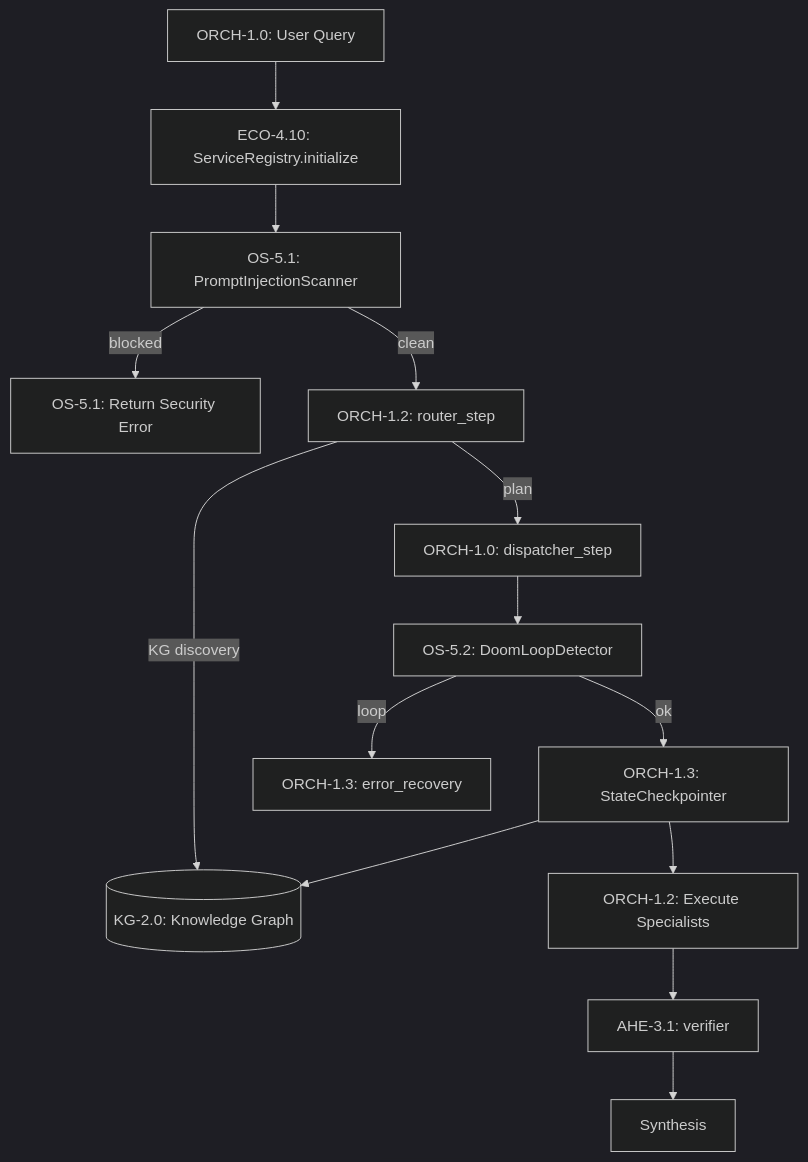
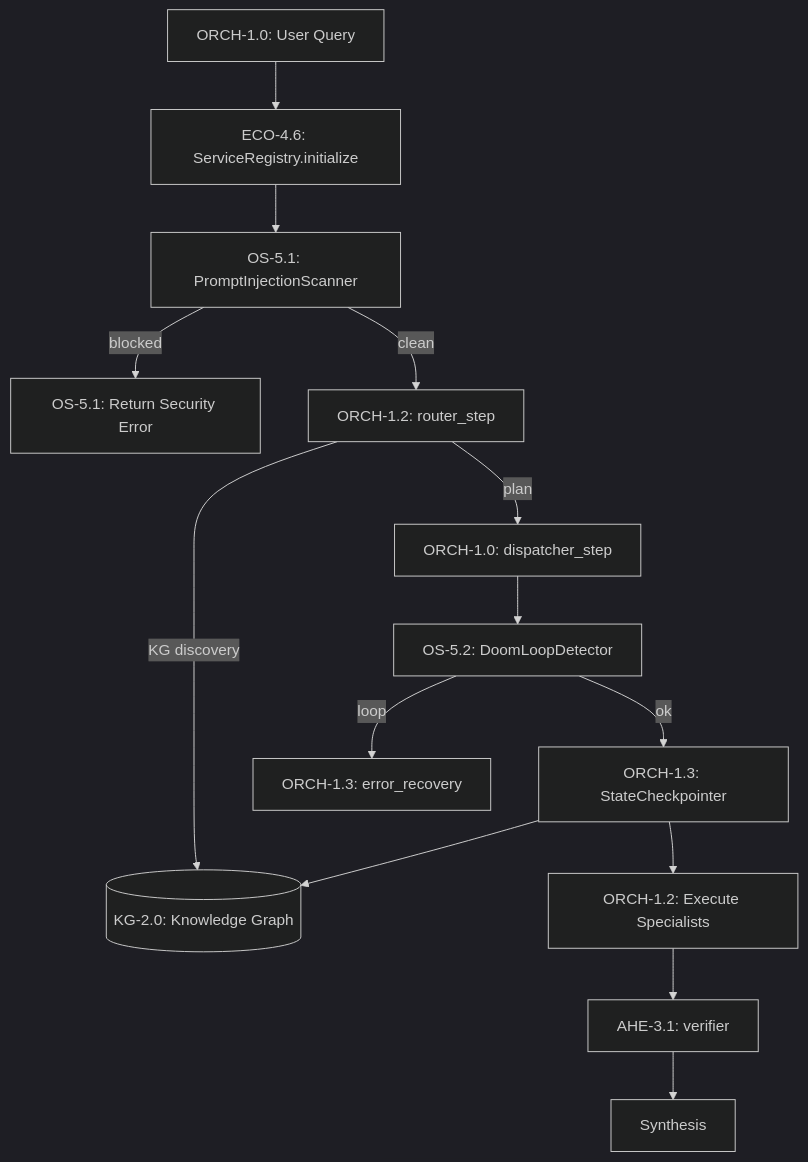
One commit to Knuckles-Team/agent-utilities changed the diagram in docs/guides/system_integration.md. Above: the diagram before and after it, drawn with Mermaid (dark theme). The commit also changed other lines of this file and 556 other files, not shown here.

````diff
--- a/docs/guides/system_integration.md
+++ b/docs/guides/system_integration.md
@@ -104,16 +108,16 @@
 ```mermaid
 flowchart TD
-    Q[ORCH-1.0: User Query] --> SR[ECO-4.10: ServiceRegistry.initialize]
+    Q[ORCH-1.0: User Query] --> SR[ECO-4.6: ServiceRegistry.initialize]
     SR --> PS[OS-5.1: PromptInjectionScanner]
     PS -->|blocked| BLOCK[OS-5.1: Return Security Error]
     PS -->|clean| ROUTER[ORCH-1.2: router_step]
     ROUTER -->|KG discovery| KG[(KG-2.0: Knowledge Graph)]
     ROUTER -->|plan| DISP[ORCH-1.0: dispatcher_step]
     DISP --> DLD[OS-5.2: DoomLoopDetector]
     DLD -->|loop| ERROR[ORCH-1.3: error_recovery]
     DLD -->|ok| CKPT[ORCH-1.3: StateCheckpointer]
     CKPT --> KG
     CKPT --> EXEC[ORCH-1.2: Execute Specialists]
     EXEC --> VERIFY[AHE-3.1: verifier]
     VERIFY --> SYNTH[Synthesis]
 ```
````
